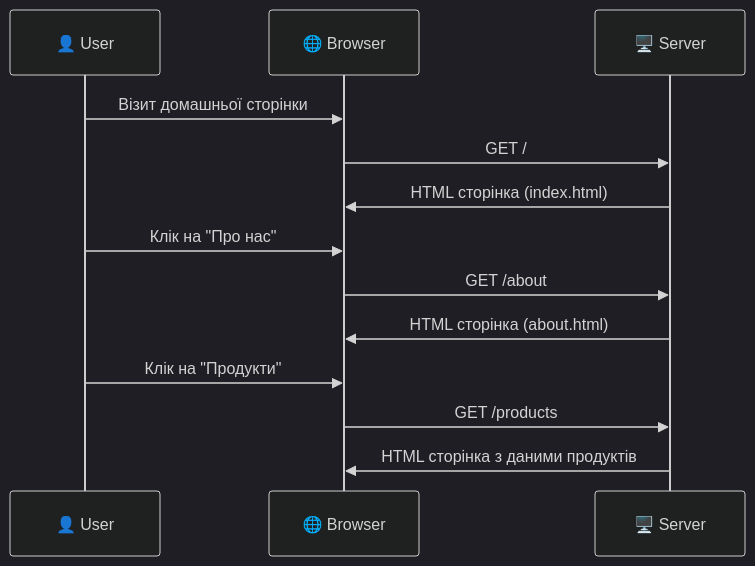
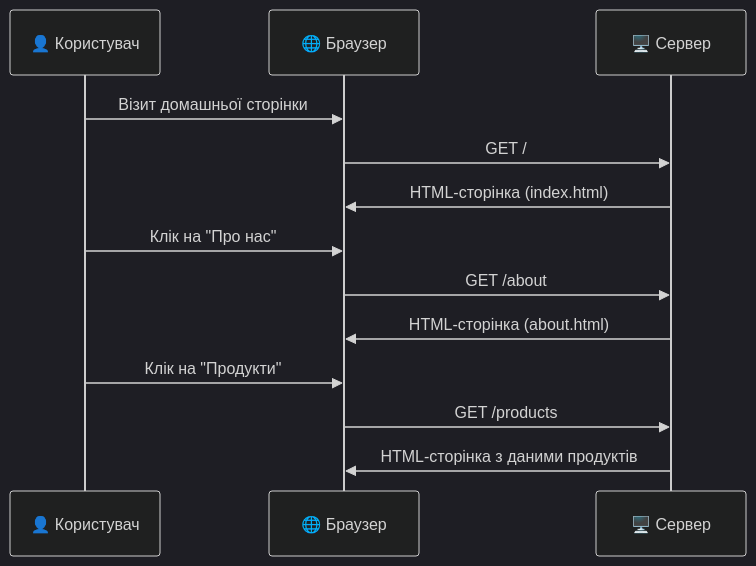
One commit to olroi421/course-web changed diagram 12 of 19 in lectures/lecture-01.md. Above: the diagram before and after it, drawn with Mermaid (dark theme). The commit also changed other lines of this file and 4 other files, not shown here.

````diff
--- a/lectures/lecture-01.md
+++ b/lectures/lecture-01.md
@@ -832,18 +876,18 @@
 ```mermaid
 sequenceDiagram
-    participant U as 👤 User
-    participant B as 🌐 Browser
-    participant S as 🖥️ Server
+    participant U as 👤 Користувач
+    participant B as 🌐 Браузер
+    participant S as 🖥️ Сервер
 
     U->>B: Візит домашньої сторінки
     B->>S: GET /
-    S->>B: HTML сторінка (index.html)
+    S->>B: HTML-сторінка (index.html)
 
     U->>B: Клік на "Про нас"
     B->>S: GET /about
-    S->>B: HTML сторінка (about.html)
+    S->>B: HTML-сторінка (about.html)
 
     U->>B: Клік на "Продукти"
     B->>S: GET /products
-    S->>B: HTML сторінка з даними продуктів
+    S->>B: HTML-сторінка з даними продуктів
 ```
````
